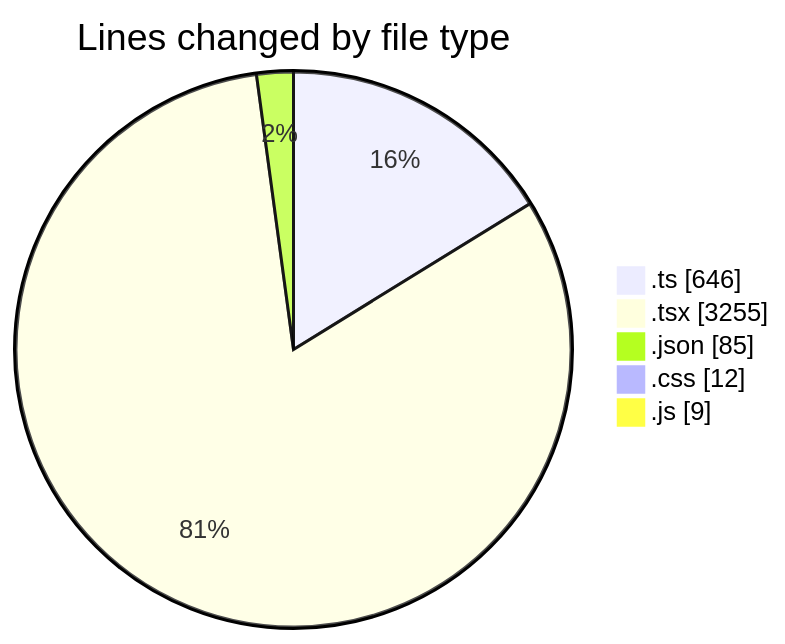
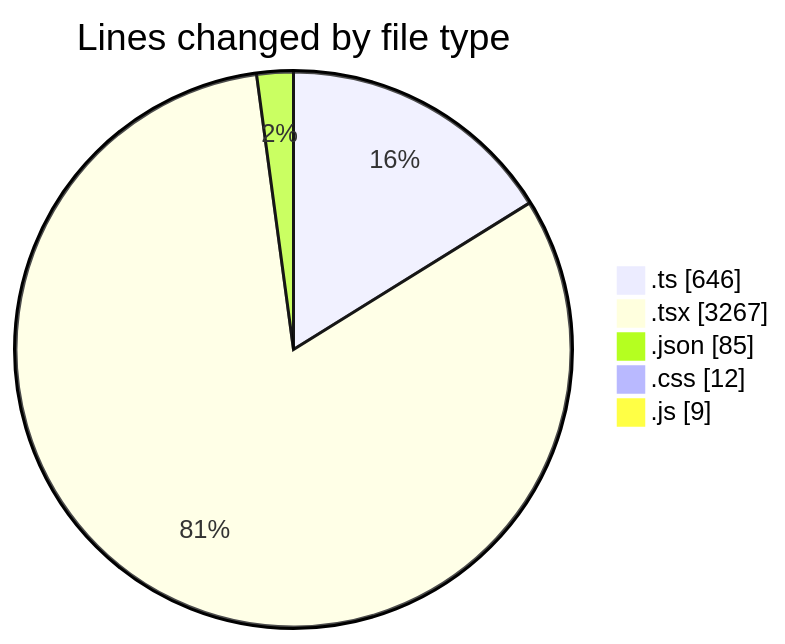
One commit to robertbonfada/code-tracking changed the first of 2 diagrams in 2025-01-27/termonied-web/README.md. Above: the diagram before and after it, drawn with Mermaid. The commit also changed other lines of this file and 1 other file, not shown here.

````diff
--- a/2025-01-27/termonied-web/README.md
+++ b/2025-01-27/termonied-web/README.md
@@ -40,9 +40,9 @@
 ```mermaid
 pie showData
 title Lines changed by file type
 ".ts" : 646
-".tsx" : 3255
+".tsx" : 3267
 ".json" : 85
 ".css" : 12
 ".js" : 9
 ```
````
